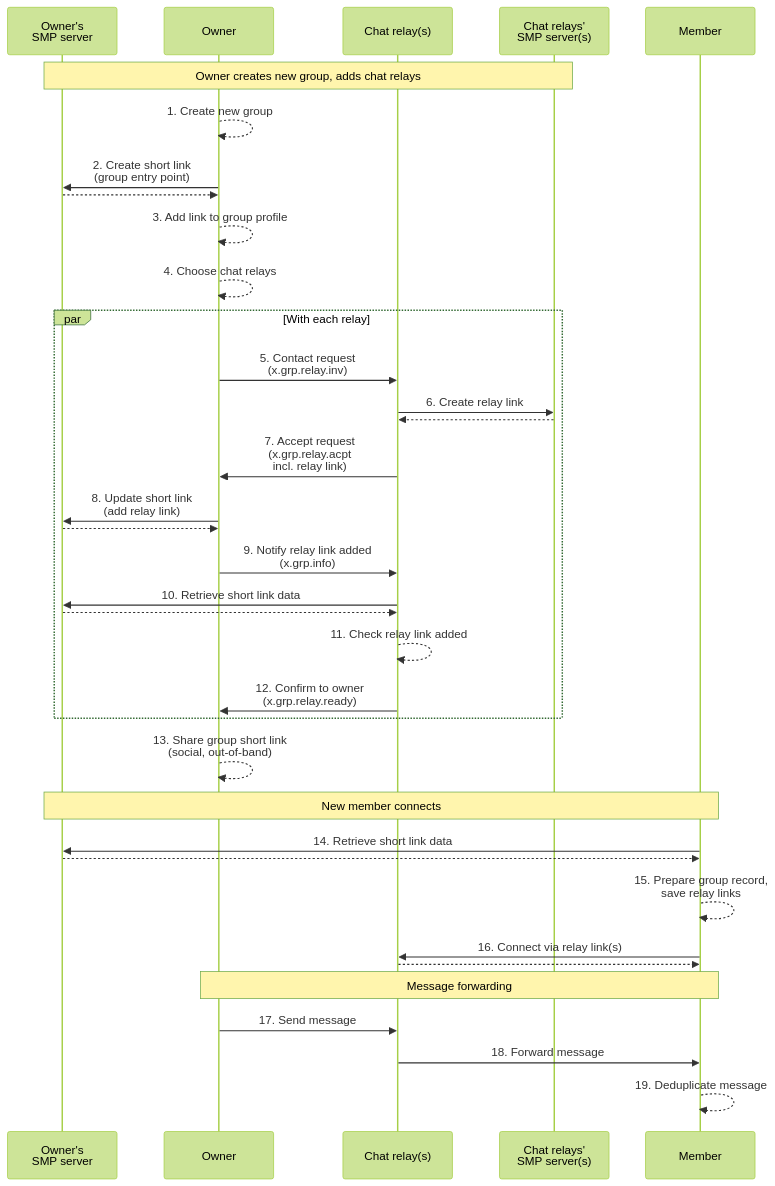
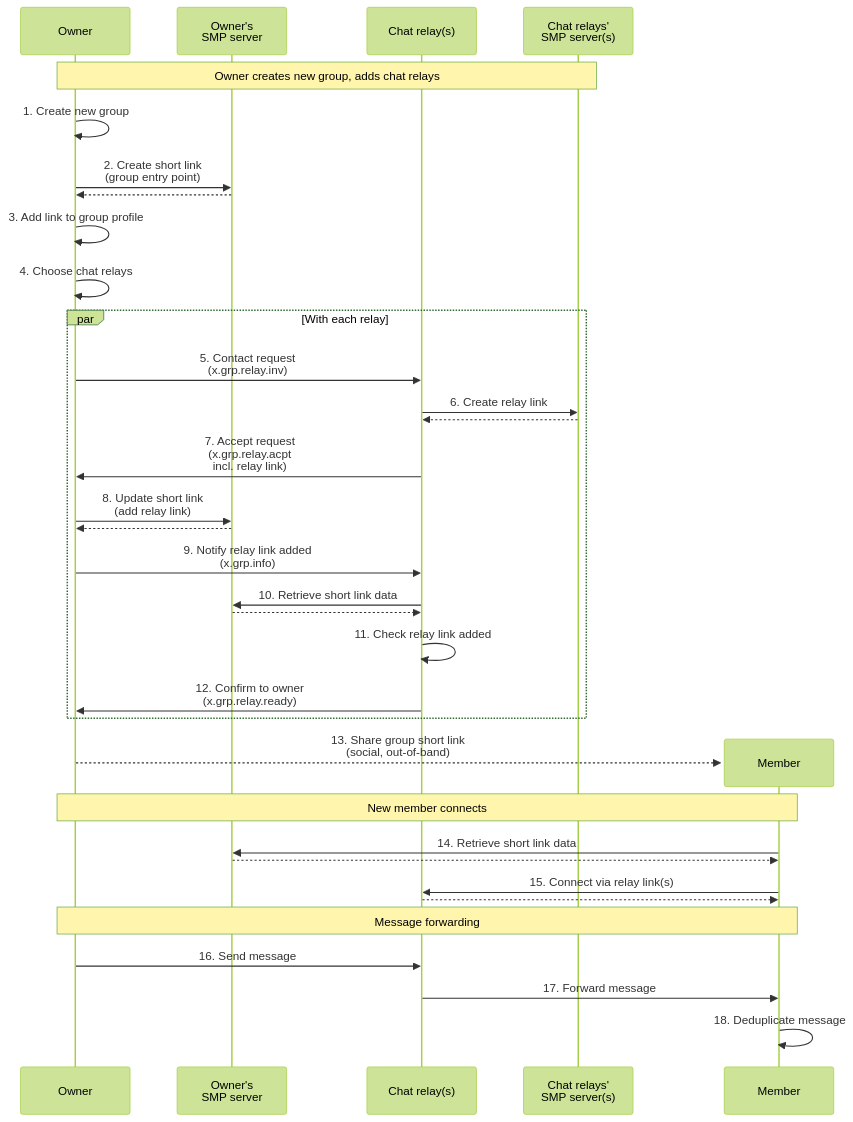
One commit to simplex-chat/simplex-chat changed the first of 2 diagrams in docs/rfcs/2025-10-20-chat-relays.md. Above: the diagram before and after it, drawn with Mermaid (forest theme). The commit also changed other lines of this file, not shown here.

````diff
--- a/docs/rfcs/2025-10-20-chat-relays.md
+++ b/docs/rfcs/2025-10-20-chat-relays.md
@@ -5,44 +5,43 @@
 ```mermaid
 sequenceDiagram
-  participant OSMP as Owner's<br>SMP server
-  participant O as Owner
-  participant R as Chat relay(s)
-  participant RSMP as Chat relays'<br>SMP server(s)
-  participant M as Member
+    participant O as Owner
+    participant OSMP as Owner's<br>SMP server
+    participant R as Chat relay(s)
+    participant RSMP as Chat relays'<br>SMP server(s)
 
-note over OSMP, RSMP: Owner creates new group, adds chat relays
+note over O, RSMP: Owner creates new group, adds chat relays
 
-O -->> O: 1. Create new group
+O ->> O: 1. Create new group
 O ->> OSMP: 2. Create short link<br>(group entry point)
 OSMP -->> O:
-O -->> O: 3. Add link to group profile
-O -->> O: 4. Choose chat relays
+O ->> O: 3. Add link to group profile
+O ->> O: 4. Choose chat relays
 par With each relay
     O ->> R: 5. Contact request<br>(x.grp.relay.inv)
     R ->> RSMP: 6. Create relay link
     RSMP -->> R:
     R ->> O: 7. Accept request<br>(x.grp.relay.acpt<br>incl. relay link)
     O ->> OSMP: 8. Update short link<br>(add relay link)
     OSMP -->> O:
     O ->> R: 9. Notify relay link added<br>(x.grp.info)
     R ->> OSMP: 10. Retrieve short link data
     OSMP -->> R:
-    R -->> R: 11. Check relay link added
+    R ->> R: 11. Check relay link added
     R ->> O: 12. Confirm to owner<br>(x.grp.relay.ready)
 end
-O -->> O: 13. Share group short link<br>(social, out-of-band)
+create participant M as Member
+O -->> M: 13. Share group short link<br>(social, out-of-band)
 
-note over OSMP, M: New member connects
+note over O, M: New member connects
 
 M ->> OSMP: 14. Retrieve short link data
 OSMP -->> M:
-M -->> M: 15. Prepare group record,<br>save relay links
-M ->> R: 16. Connect via relay link(s)
+M ->> R: 15. Connect via relay link(s)
 R -->> M:
 
 note over O, M: Message forwarding
 
-O ->> R: 17. Send message
-R ->> M: 18. Forward message
-M -->> M: 19. Deduplicate message
+O ->> R: 16. Send message
+R ->> M: 17. Forward message
+M ->> M: 18. Deduplicate message
 ```
````
